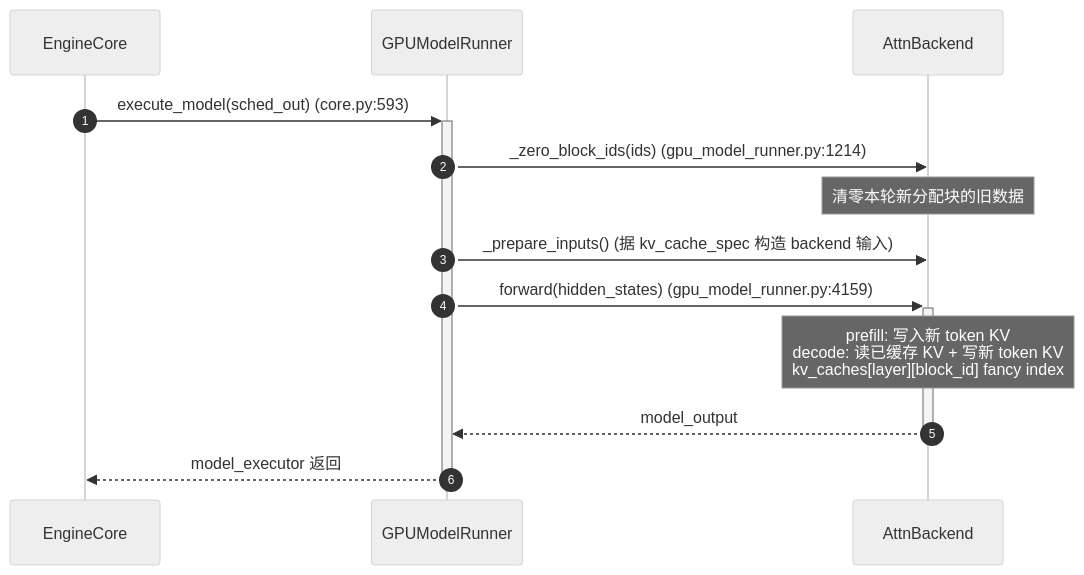
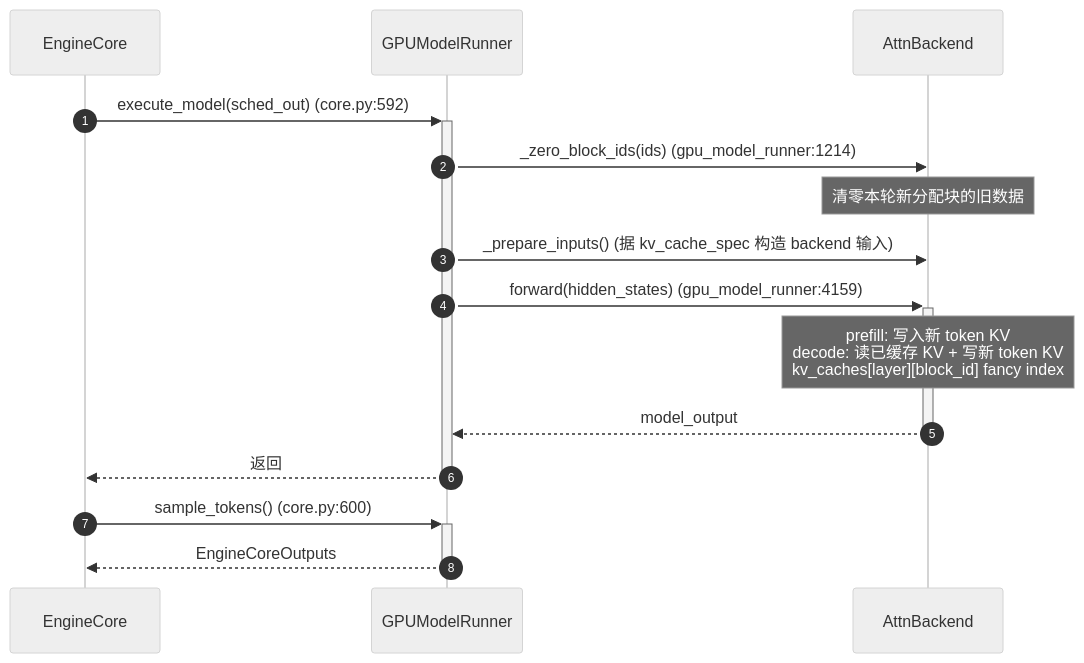
One commit to GoCHug/vllm changed the sixth of 9 diagrams in vllm/v1/core/kvcache_docs/0_end_to_end_sequence.md. Above: the diagram before and after it, drawn with Mermaid (neutral theme). The commit also changed other lines of this file and 221 other files, not shown here.

````diff
--- a/vllm/v1/core/kvcache_docs/0_end_to_end_sequence.md
+++ b/vllm/v1/core/kvcache_docs/0_end_to_end_sequence.md
@@ -388,16 +374,18 @@
 ```mermaid
 sequenceDiagram
     autonumber
     participant EC as EngineCore
     participant MR as GPUModelRunner
     participant AB as AttnBackend
 
-    EC->>+MR: execute_model(sched_out)  (core.py:593)
-    MR->>AB: _zero_block_ids(ids)  (gpu_model_runner.py:1214)
+    EC->>+MR: execute_model(sched_out)   (core.py:592)
+    MR->>AB: _zero_block_ids(ids)   (gpu_model_runner:1214)
     Note over AB: 清零本轮新分配块的旧数据
-    MR->>AB: _prepare_inputs()  (据 kv_cache_spec 构造 backend 输入)
-    MR->>+AB: forward(hidden_states)  (gpu_model_runner.py:4159)
+    MR->>AB: _prepare_inputs()   (据 kv_cache_spec 构造 backend 输入)
+    MR->>+AB: forward(hidden_states)   (gpu_model_runner:4159)
     Note over AB: prefill: 写入新 token KV<br/>decode: 读已缓存 KV + 写新 token KV<br/>kv_caches[layer][block_id] fancy index
     AB-->>-MR: model_output
-    MR-->>-EC: model_executor 返回
+    MR-->>-EC: 返回
+    EC->>+MR: sample_tokens()   (core.py:600)
+    MR-->>-EC: EngineCoreOutputs
 ```
````
